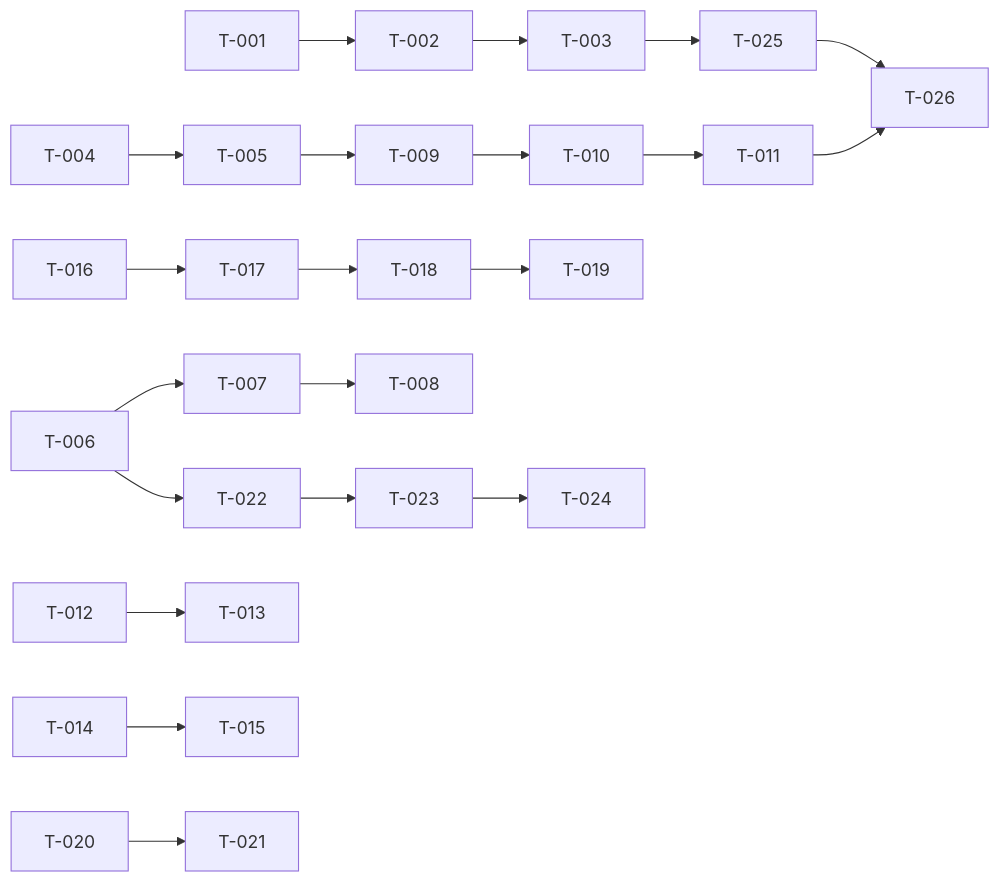
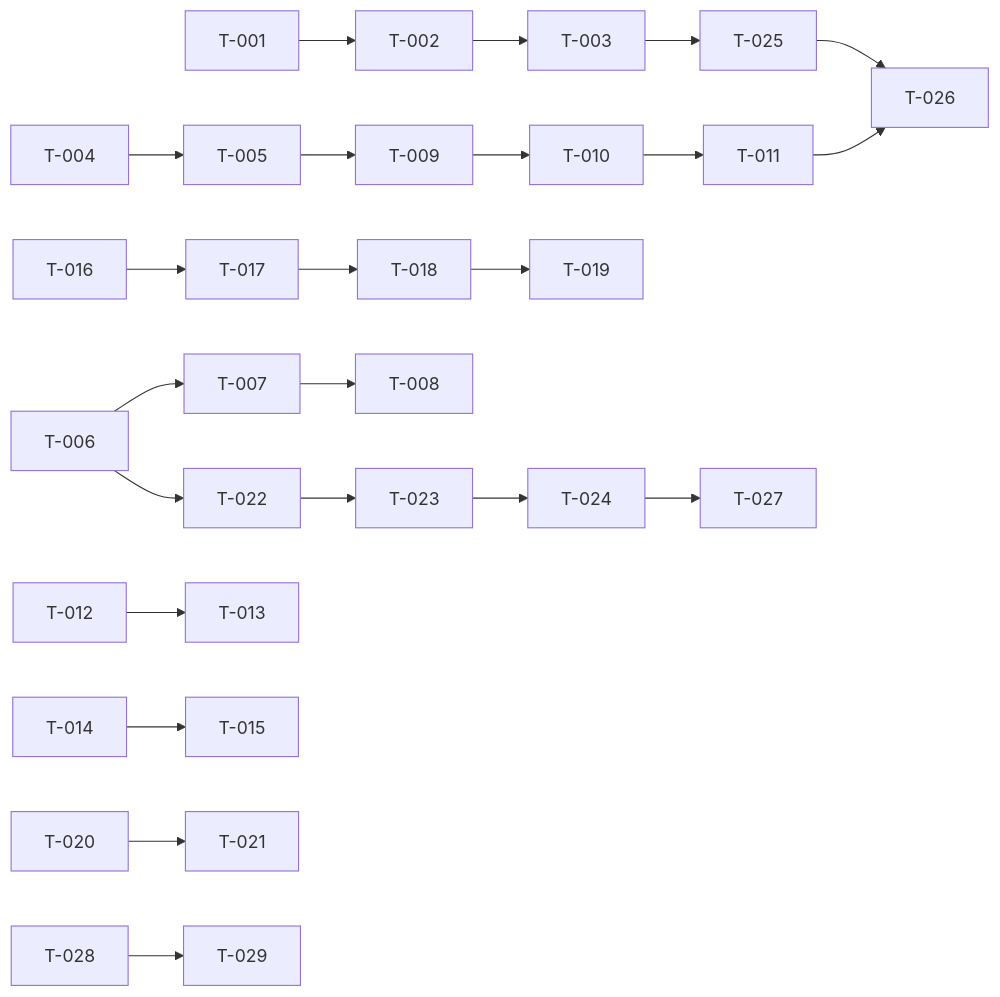
The diagram in context/plans/build-site.md (janno-p/fbapp-vibe), drawn with Mermaid before and after one commit. The commit also changed other lines of this file and 9 other files, not shown here.

````diff
--- a/context/plans/build-site.md
+++ b/context/plans/build-site.md
@@ -247,30 +271,33 @@
 ```mermaid
 graph LR
     T-001 --> T-002
     T-002 --> T-003
     T-003 --> T-025
     
     T-004 --> T-005
     T-005 --> T-009
     T-009 --> T-010
     T-010 --> T-011
     T-011 --> T-026
     
     T-006 --> T-007
     T-007 --> T-008
     T-006 --> T-022
     
     T-012 --> T-013
     T-014 --> T-015
     
     T-016 --> T-017
     T-017 --> T-018
     T-018 --> T-019
     
     T-020 --> T-021
     
     T-022 --> T-023
     T-023 --> T-024
+    T-024 --> T-027
     
     T-025 --> T-026
+    
+    T-028 --> T-029
 ```
````
